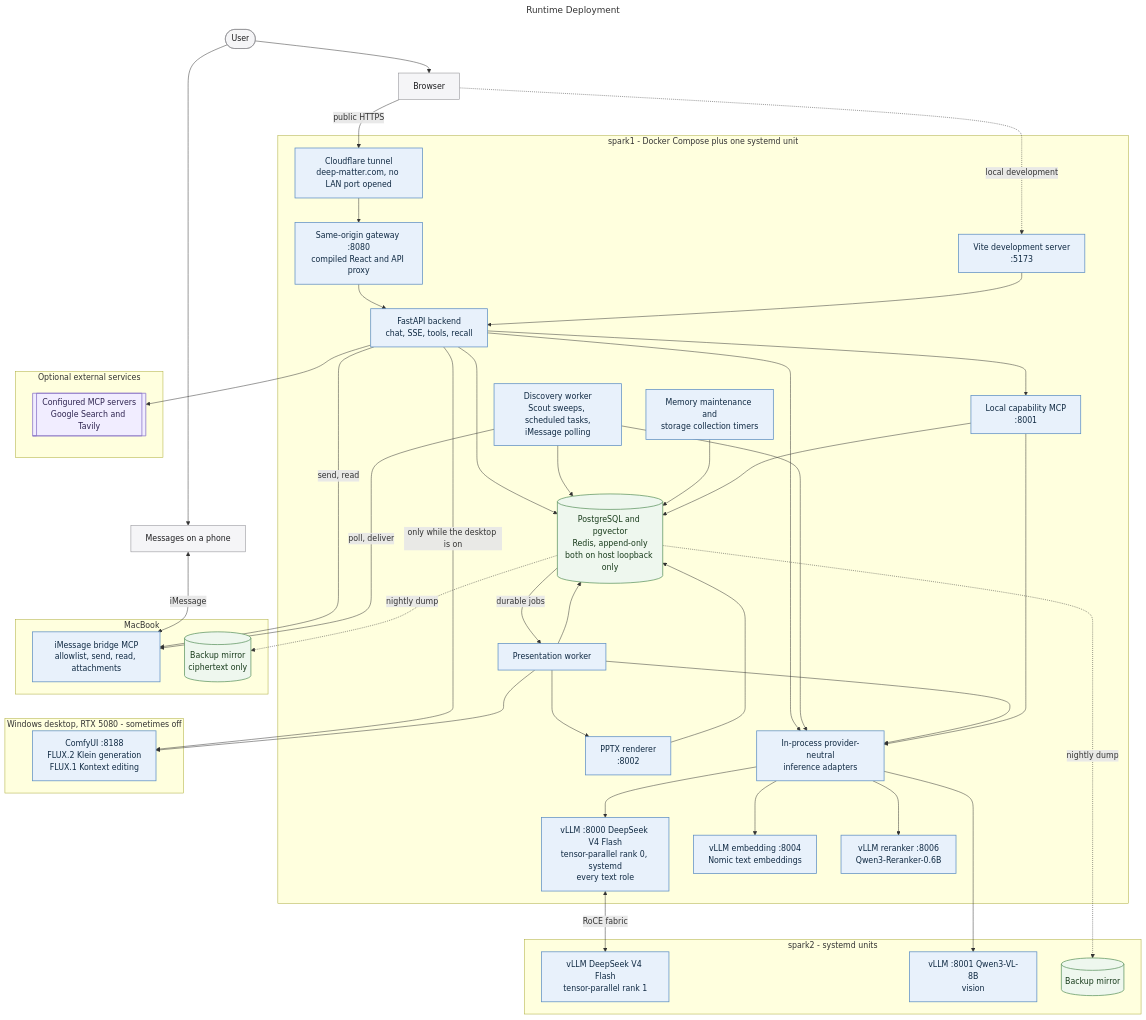
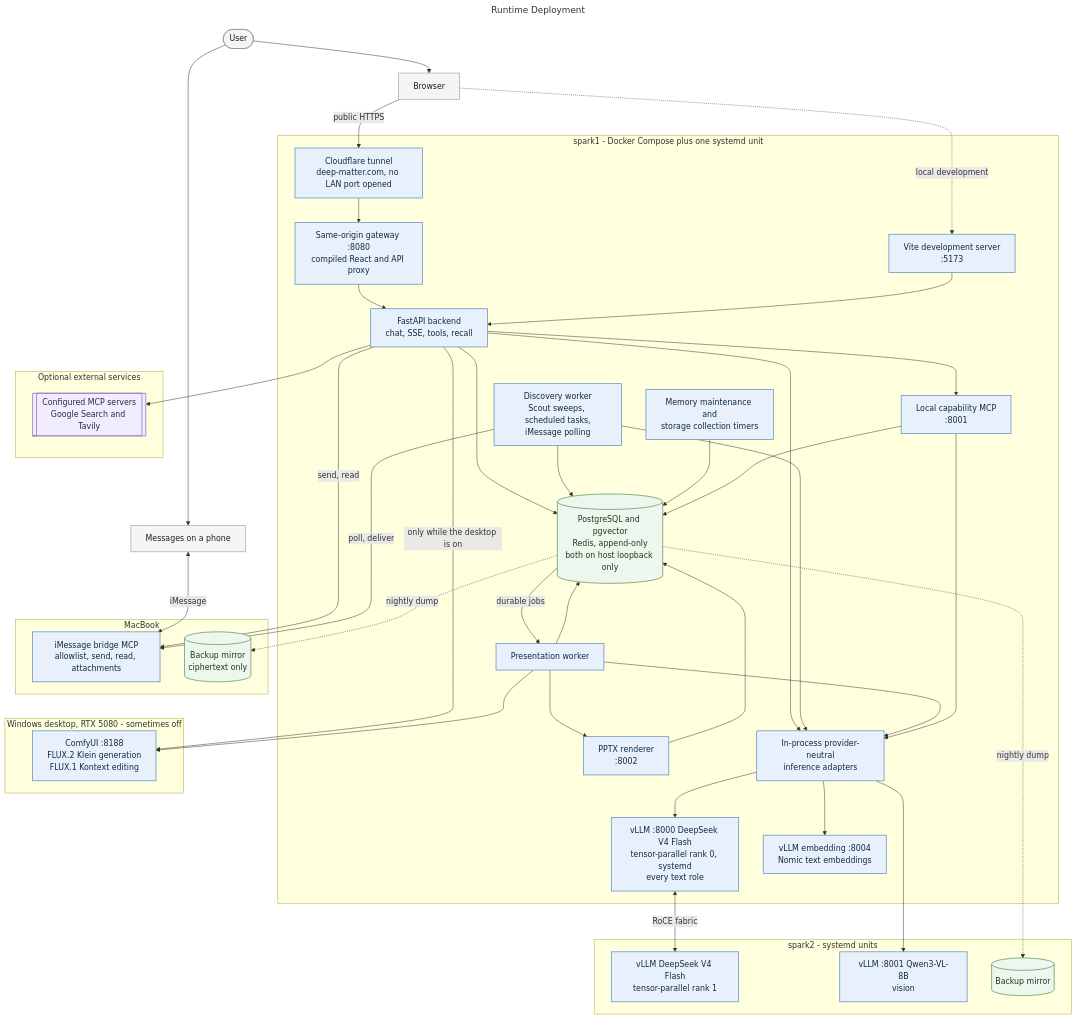
The diagram in docs/diagrams/runtime-deployment.mmd (MallyaAni/PersonalAssistant), drawn with Mermaid before and after one commit. The commit also changed 18 other files, not shown here.

```diff
--- a/docs/diagrams/runtime-deployment.mmd
+++ b/docs/diagrams/runtime-deployment.mmd
@@ -1,83 +1,81 @@
 ---
 title: Runtime Deployment
 ---
 flowchart TB
     User([User]) --> Browser[Browser]
     User --> Phone[Messages on a phone]
 
     subgraph Spark1[spark1 - Docker Compose plus one systemd unit]
         Gateway[Same-origin gateway :8080<br/>compiled React and API proxy]
         Frontend[Vite development server<br/>:5173]
         Backend[FastAPI backend<br/>chat, SSE, tools, recall]
         Discovery[Discovery worker<br/>Scout sweeps, scheduled tasks,<br/>iMessage polling]
         Worker[Presentation worker]
         Maintenance[Memory maintenance and<br/>storage collection timers]
         MCP[Local capability MCP<br/>:8001]
         Renderer[PPTX renderer<br/>:8002]
         Adapters[In-process provider-neutral<br/>inference adapters]
         VLLMMain[vLLM :8000 DeepSeek V4 Flash<br/>tensor-parallel rank 0, systemd<br/>every text role]
         VLLMEmbed[vLLM embedding :8004<br/>Nomic text embeddings]
-        VLLMRerank[vLLM reranker :8006<br/>Qwen3-Reranker-0.6B]
         Stores[(PostgreSQL and pgvector<br/>Redis, append-only<br/>both on host loopback only)]
         Tunnel[Cloudflare tunnel<br/>deep-matter.com, no LAN port opened]
     end
 
     subgraph Spark2[spark2 - systemd units]
         VLLMRank1[vLLM DeepSeek V4 Flash<br/>tensor-parallel rank 1]
         VLM[vLLM :8001 Qwen3-VL-8B<br/>vision]
         Mirror1[(Backup mirror)]
     end
 
     subgraph Mac[MacBook]
         Bridge[iMessage bridge MCP<br/>allowlist, send, read, attachments]
         Mirror2[(Backup mirror<br/>ciphertext only)]
     end
 
     subgraph Desktop[Windows desktop, RTX 5080 - sometimes off]
         ComfyUI[ComfyUI :8188<br/>FLUX.2 Klein generation<br/>FLUX.1 Kontext editing]
     end
 
     subgraph External[Optional external services]
         Integrations[[Configured MCP servers<br/>Google Search and Tavily]]
     end
 
     Browser -->|public HTTPS| Tunnel --> Gateway
     Browser -.->|local development| Frontend
     Phone <-->|iMessage| Bridge
     Gateway --> Backend
     Frontend --> Backend
     Backend --> Stores
     Backend --> Adapters
     Backend -->|only while the desktop is on| ComfyUI
     Backend --> MCP
     Backend --> Integrations
     Backend -->|send, read| Bridge
     Discovery -->|poll, deliver| Bridge
     Discovery --> Stores
     Discovery --> Adapters
 
     Stores -->|durable jobs| Worker
     Worker --> Stores
     Worker --> Adapters
     Worker --> ComfyUI
     Worker --> Renderer
     Renderer --> Stores
     Maintenance --> Stores
     MCP --> Stores
     MCP --> Adapters
     Adapters --> VLLMMain
     Adapters --> VLLMEmbed
-    Adapters --> VLLMRerank
     Adapters --> VLM
     VLLMMain <-->|RoCE fabric| VLLMRank1
     Stores -.->|nightly dump| Mirror1
     Stores -.->|nightly dump| Mirror2
 
     classDef user fill:#f5f5f7,stroke:#86868b,color:#1d1d1f;
     classDef process fill:#e8f1fb,stroke:#5e8fc4,color:#102a43,stroke-width:1.5px;
     classDef data fill:#eef7ee,stroke:#5f9562,color:#183b1b,stroke-width:1.5px;
     classDef external fill:#f1edff,stroke:#8872c6,color:#2e2450,stroke-width:1.5px;
     class User,Browser,Phone user;
-    class Gateway,Frontend,Backend,Discovery,Worker,Maintenance,MCP,Renderer,Adapters,VLLMMain,VLLMEmbed,VLLMRerank,VLLMRank1,VLM,Bridge,ComfyUI,Tunnel process;
+    class Gateway,Frontend,Backend,Discovery,Worker,Maintenance,MCP,Renderer,Adapters,VLLMMain,VLLMEmbed,VLLMRank1,VLM,Bridge,ComfyUI,Tunnel process;
     class Stores,Mirror1,Mirror2 data;
     class Integrations external;
```
